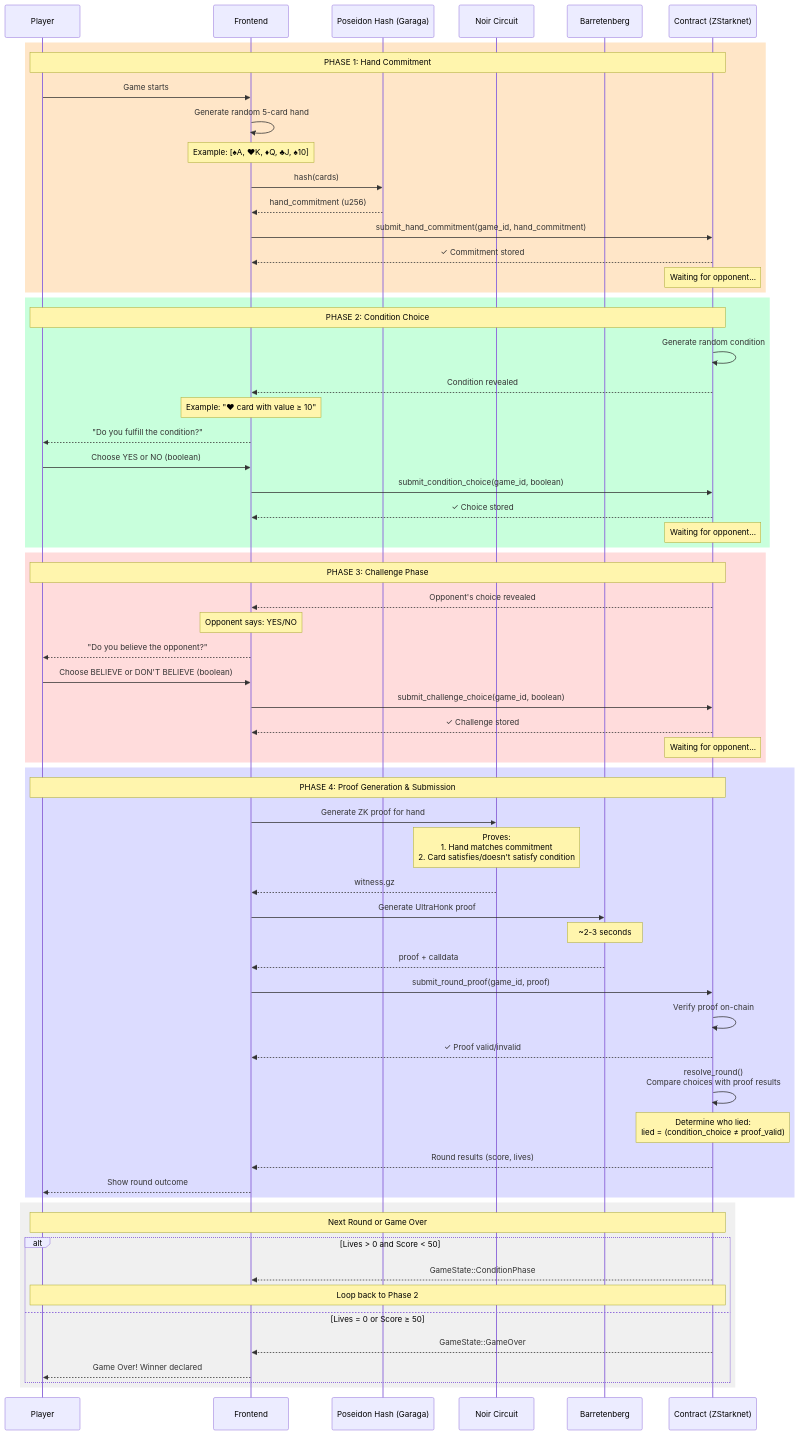
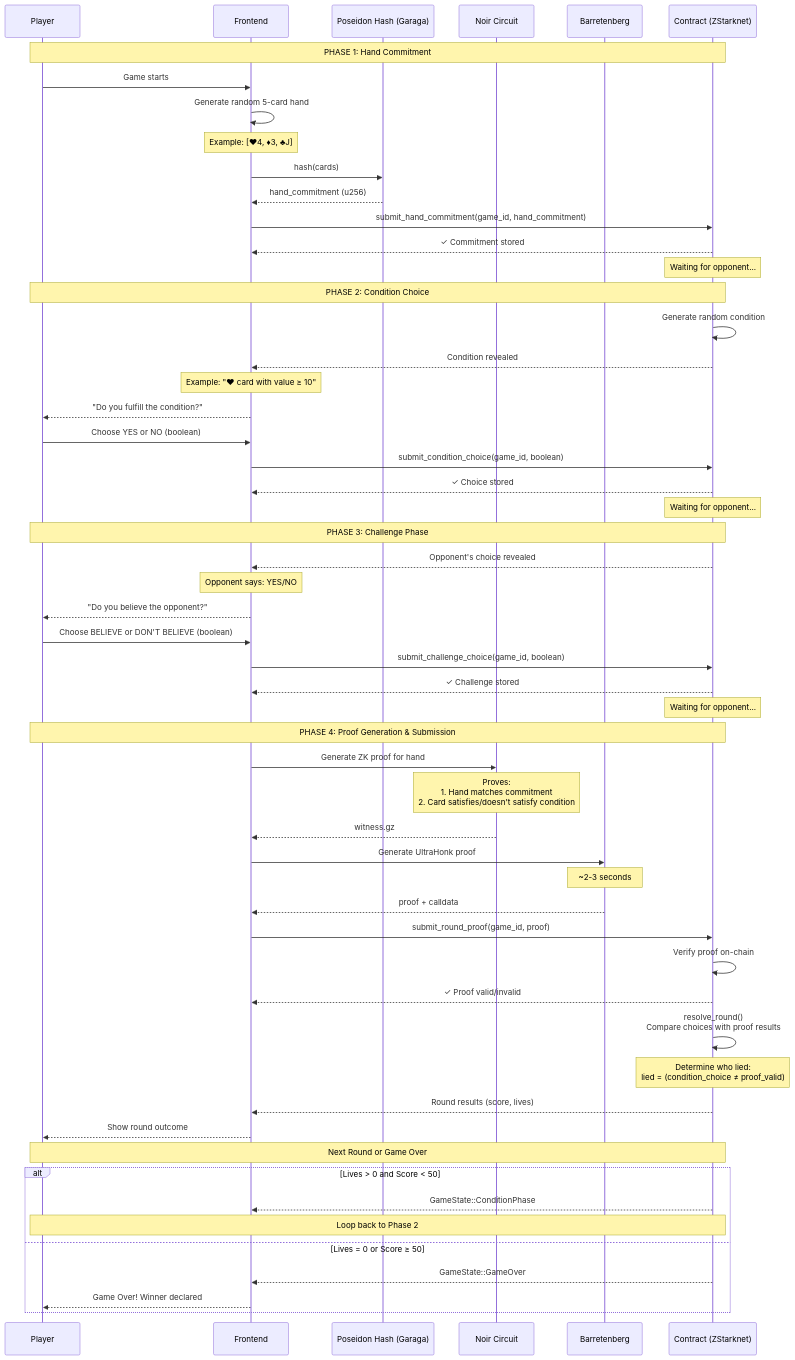
The diagram in GAME_FLOW.md (dubzn/liars-proof), drawn with Mermaid before and after one commit. The commit also changed other lines of this file, not shown here.

````diff
--- a/GAME_FLOW.md
+++ b/GAME_FLOW.md
@@ -19,13 +19,11 @@
     participant BB as Barretenberg
     participant BC as Contract (ZStarknet)
 
-    %% ==================== COMMITMENT PHASE ====================
-    rect rgb(255, 230, 200)
     Note over P,BC: PHASE 1: Hand Commitment
 
     P->>FE: Game starts
     FE->>FE: Generate random 5-card hand
-    Note over FE: Example: [♠A, ♥K, ♦Q, ♣J, ♠10]
+    Note over FE: Example: [♥4, ♦3, ♣J]
 
     FE->>Poseidon: hash(cards)
     Poseidon-->>FE: hand_commitment (u256)
@@ -33,10 +31,7 @@
     FE->>BC: submit_hand_commitment(game_id, hand_commitment)
     BC-->>FE: ✓ Commitment stored
     Note over BC: Waiting for opponent...
-    end
 
-    %% ==================== CONDITION PHASE ====================
-    rect rgb(200, 255, 220)
     Note over P,BC: PHASE 2: Condition Choice
 
     BC->>BC: Generate random condition
@@ -49,10 +44,7 @@
     FE->>BC: submit_condition_choice(game_id, boolean)
     BC-->>FE: ✓ Choice stored
     Note over BC: Waiting for opponent...
-    end
 
-    %% ==================== CHALLENGE PHASE ====================
-    rect rgb(255, 220, 220)
     Note over P,BC: PHASE 3: Challenge Phase
 
     BC-->>FE: Opponent's choice revealed
@@ -64,10 +56,7 @@
     FE->>BC: submit_challenge_choice(game_id, boolean)
     BC-->>FE: ✓ Challenge stored
     Note over BC: Waiting for opponent...
-    end
 
-    %% ==================== RESULT PHASE ====================
-    rect rgb(220, 220, 255)
     Note over P,BC: PHASE 4: Proof Generation & Submission
 
     FE->>Noir: Generate ZK proof for hand
@@ -87,10 +76,7 @@
 
     BC-->>FE: Round results (score, lives)
     FE-->>P: Show round outcome
-    end
 
-    %% ==================== NEXT ROUND ====================
-    rect rgb(240, 240, 240)
     Note over P,BC: Next Round or Game Over
 
     alt Lives > 0 and Score < 50
@@ -100,5 +86,4 @@
         BC-->>FE: GameState::GameOver
         FE-->>P: Game Over! Winner declared
     end
-    end
 ```
````
